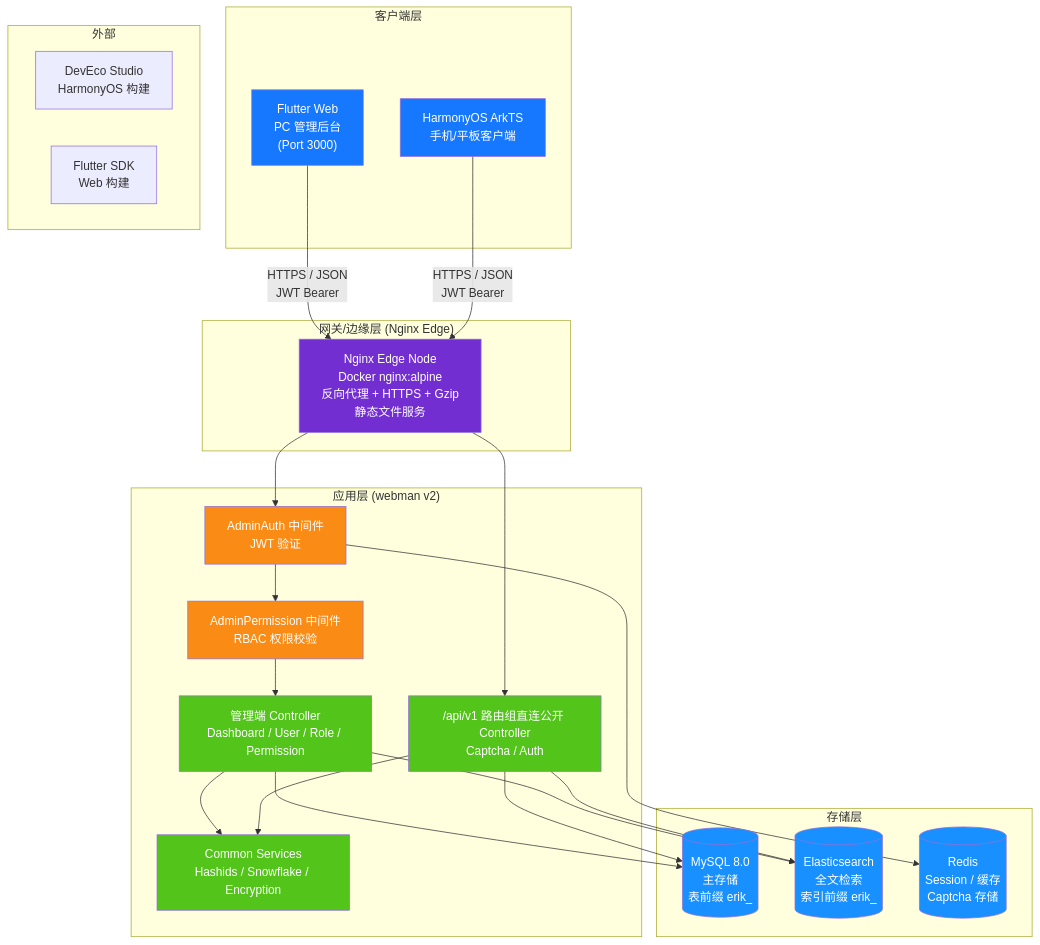
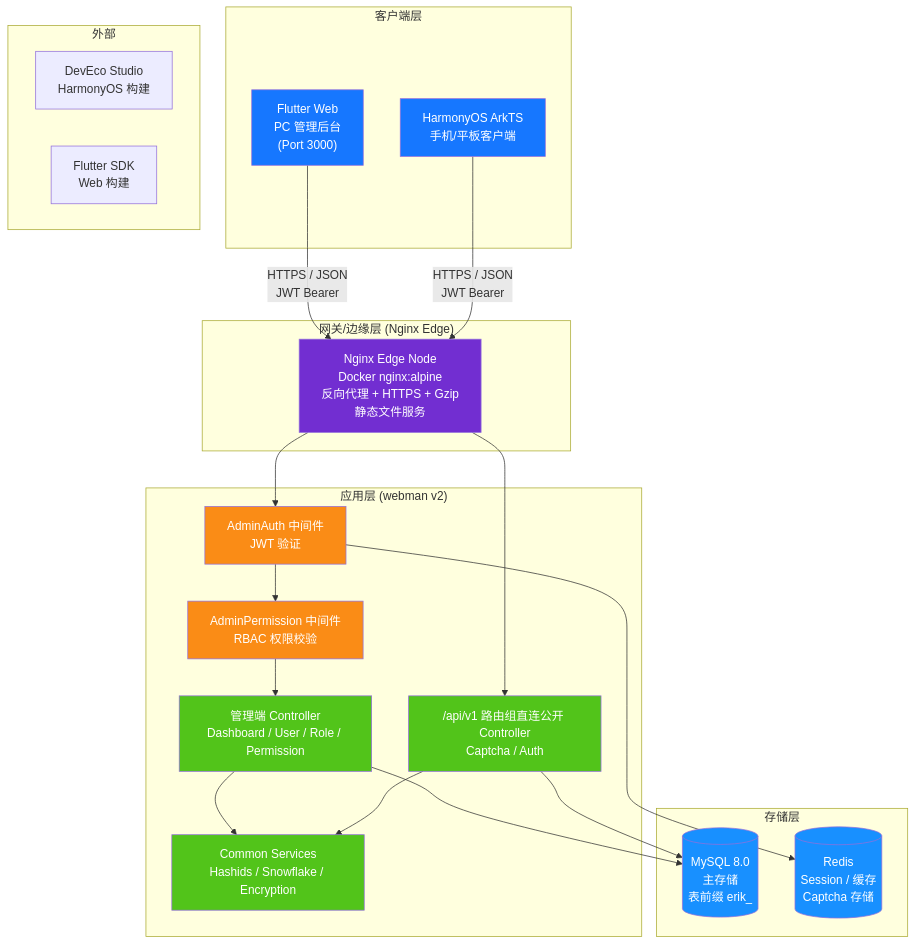
One commit to erikwang2013/open-admin changed the first of 14 diagrams in docs/ARCHITECTURE.md. Above: the diagram before and after it, drawn with Mermaid. The commit also changed other lines of this file and 465 other files, not shown here.

````diff
--- a/docs/ARCHITECTURE.md
+++ b/docs/ARCHITECTURE.md
@@ -13,56 +13,52 @@
 ```mermaid
 flowchart TB
     subgraph "客户端层"
         A1["Flutter Web<br/>PC 管理后台<br/>(Port 3000)"]
         A2["HarmonyOS ArkTS<br/>手机/平板客户端"]
     end
 
     subgraph "网关/边缘层 (Nginx Edge)"
         B1["Nginx Edge Node<br/>Docker nginx:alpine<br/>反向代理 + HTTPS + Gzip<br/>静态文件服务"]
     end
 
     subgraph "应用层 (webman v2)"
         C1["AdminAuth 中间件<br/>JWT 验证"]
         C2["AdminPermission 中间件<br/>RBAC 权限校验"]
         C3["管理端 Controller<br/>Dashboard / User / Role / Permission"]
         C4["/api/v1 路由组直连公开 Controller<br/>Captcha / Auth"]
         C5["Common Services<br/>Hashids / Snowflake / Encryption"]
     end
 
     subgraph "存储层"
         D1[("MySQL 8.0<br/>主存储<br/>表前缀 erik_")]
-        D2[("Elasticsearch<br/>全文检索<br/>索引前缀 erik_")]
         D3[("Redis<br/>Session / 缓存<br/>Captcha 存储")]
     end
 
     subgraph "外部"
         E1["DevEco Studio<br/>HarmonyOS 构建"]
         E2["Flutter SDK<br/>Web 构建"]
     end
 
     A1 -->|"HTTPS / JSON<br/>JWT Bearer"| B1
     A2 -->|"HTTPS / JSON<br/>JWT Bearer"| B1
     B1 --> C1
     B1 --> C4
     C1 --> C2
     C2 --> C3
     C3 --> C5
     C4 --> C5
     C3 --> D1
     C4 --> D1
-    C3 --> D2
-    C4 --> D2
     C1 --> D3
 
     style A1 fill:#1677FF,color:#fff
     style A2 fill:#1677FF,color:#fff
     style B1 fill:#722ED1,color:#fff
     style C1 fill:#FA8C16,color:#fff
     style C2 fill:#FA8C16,color:#fff
     style C3 fill:#52C41A,color:#fff
     style C4 fill:#52C41A,color:#fff
     style C5 fill:#52C41A,color:#fff
     style D1 fill:#1890FF,color:#fff
-    style D2 fill:#1890FF,color:#fff
     style D3 fill:#1890FF,color:#fff
 ```
````
